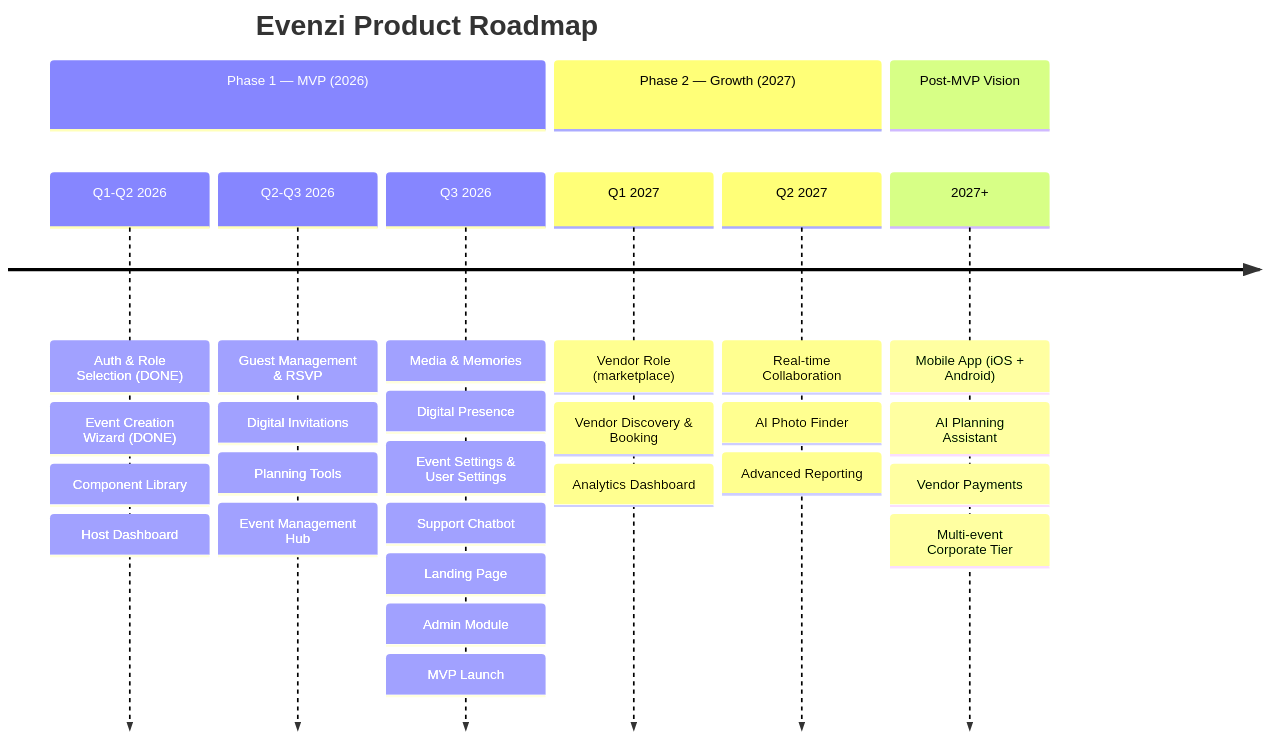
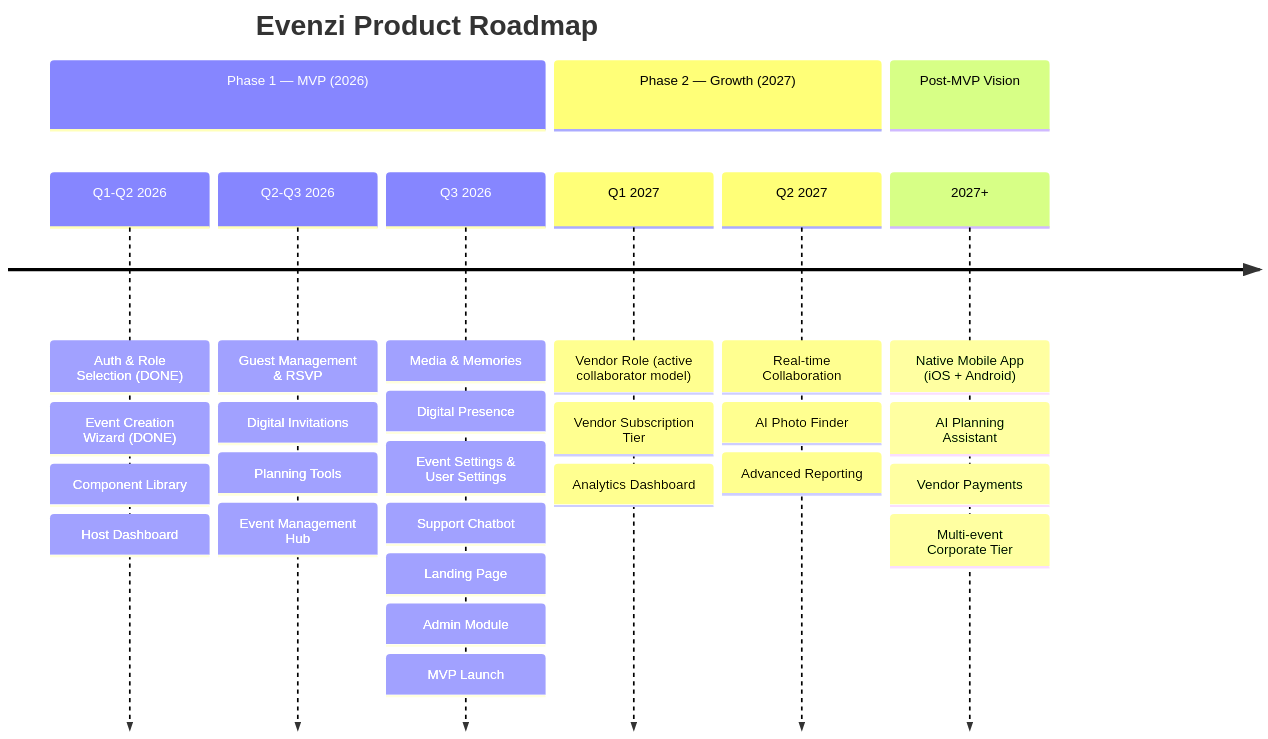
Before and after one commit to evenzi-official/Evenzi: the diagram in docs/foundation/project-overview.md, drawn with Mermaid. The commit also changed other lines of this file and 19 other files, not shown here.

````diff
--- a/docs/foundation/project-overview.md
+++ b/docs/foundation/project-overview.md
@@ -153,32 +214,32 @@
 ```mermaid
 timeline
     title Evenzi Product Roadmap
     section Phase 1 — MVP (2026)
         Q1-Q2 2026 : Auth & Role Selection (DONE)
                    : Event Creation Wizard (DONE)
                    : Component Library
                    : Host Dashboard
         Q2-Q3 2026 : Guest Management & RSVP
                    : Digital Invitations
                    : Planning Tools
                    : Event Management Hub
         Q3 2026    : Media & Memories
                    : Digital Presence
                    : Event Settings & User Settings
                    : Support Chatbot
                    : Landing Page
                    : Admin Module
                    : MVP Launch
     section Phase 2 — Growth (2027)
-        Q1 2027    : Vendor Role (marketplace)
-                   : Vendor Discovery & Booking
+        Q1 2027    : Vendor Role (active collaborator model)
+                   : Vendor Subscription Tier
                    : Analytics Dashboard
         Q2 2027    : Real-time Collaboration
                    : AI Photo Finder
                    : Advanced Reporting
     section Post-MVP Vision
-        2027+      : Mobile App (iOS + Android)
+        2027+      : Native Mobile App (iOS + Android)
                    : AI Planning Assistant
                    : Vendor Payments
                    : Multi-event Corporate Tier
 ```
````
